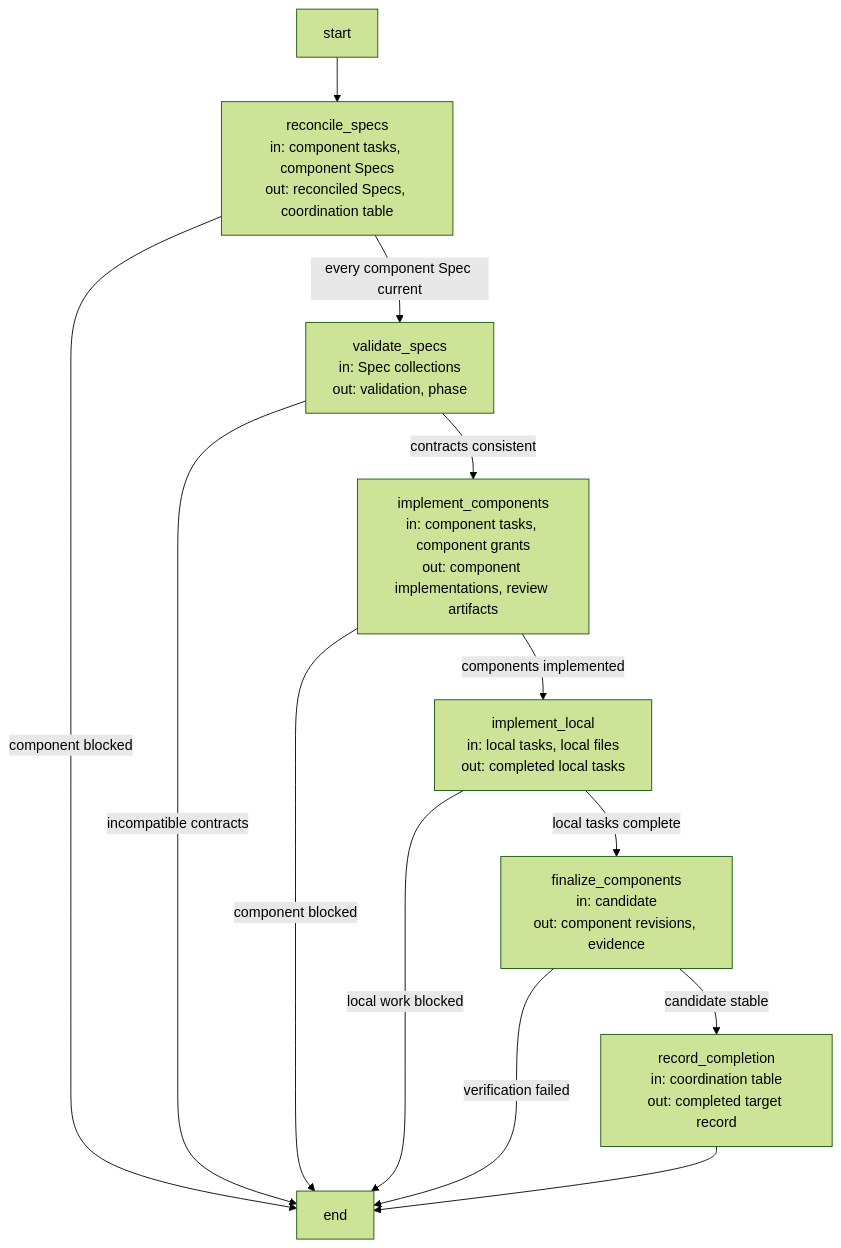
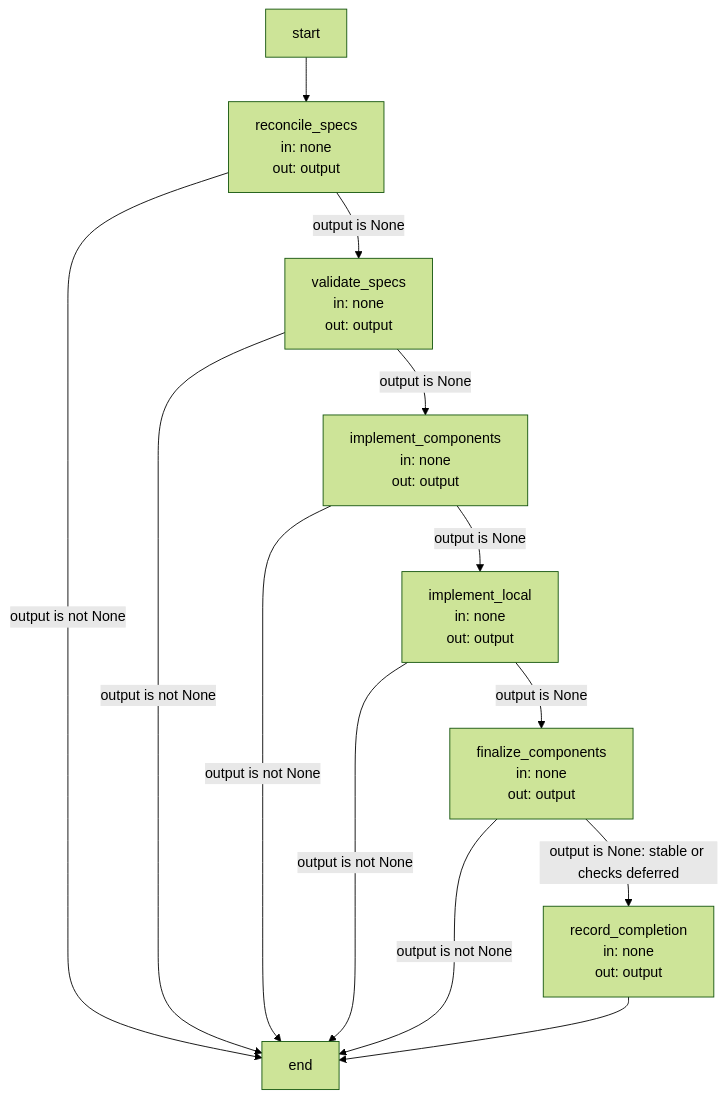
The first of 2 diagrams in specs/concorde/implementation/execution-reference.md (FTOD/concorde), drawn with Mermaid (forest theme) before and after one commit. The commit also changed other lines of this file and 10 other files, not shown here.

Commit message:
docs: clarify LangGraph state and routing in operation diagrams

````diff
--- a/specs/concorde/implementation/execution-reference.md
+++ b/specs/concorde/implementation/execution-reference.md
@@ -110,26 +118,26 @@
 ```mermaid
 flowchart TB
     %% graph: coordination_graph
     accTitle: Component coordination Graph
     accDescr: Component Specs are reconciled and validated, components and local code are implemented, and every participant is finalized until stable before completion is recorded; a blocked step ends the Graph with that result.
     __start__["start"]
-    reconcile_specs["reconcile_specs<br/>in: component tasks, component Specs<br/>out: reconciled Specs, coordination table"]
-    validate_specs["validate_specs<br/>in: Spec collections<br/>out: validation, phase"]
-    implement_components["implement_components<br/>in: component tasks, component grants<br/>out: component implementations, review artifacts"]
-    implement_local["implement_local<br/>in: local tasks, local files<br/>out: completed local tasks"]
-    finalize_components["finalize_components<br/>in: candidate<br/>out: component revisions, evidence"]
-    record_completion["record_completion<br/>in: coordination table<br/>out: completed target record"]
+    reconcile_specs["reconcile_specs<br/>in: none<br/>out: output"]
+    validate_specs["validate_specs<br/>in: none<br/>out: output"]
+    implement_components["implement_components<br/>in: none<br/>out: output"]
+    implement_local["implement_local<br/>in: none<br/>out: output"]
+    finalize_components["finalize_components<br/>in: none<br/>out: output"]
+    record_completion["record_completion<br/>in: none<br/>out: output"]
     __end__["end"]
     __start__ --> reconcile_specs
-    reconcile_specs -->|every component Spec current| validate_specs
-    reconcile_specs -->|component blocked| __end__
-    validate_specs -->|contracts consistent| implement_components
-    validate_specs -->|incompatible contracts| __end__
-    implement_components -->|components implemented| implement_local
-    implement_components -->|component blocked| __end__
-    implement_local -->|local tasks complete| finalize_components
-    implement_local -->|local work blocked| __end__
-    finalize_components -->|candidate stable| record_completion
-    finalize_components -->|verification failed| __end__
+    reconcile_specs -->|output is None| validate_specs
+    reconcile_specs -->|output is not None| __end__
+    validate_specs -->|output is None| implement_components
+    validate_specs -->|output is not None| __end__
+    implement_components -->|output is None| implement_local
+    implement_components -->|output is not None| __end__
+    implement_local -->|output is None| finalize_components
+    implement_local -->|output is not None| __end__
+    finalize_components -->|output is None: stable or checks deferred| record_completion
+    finalize_components -->|output is not None| __end__
     record_completion --> __end__
 ```
````
